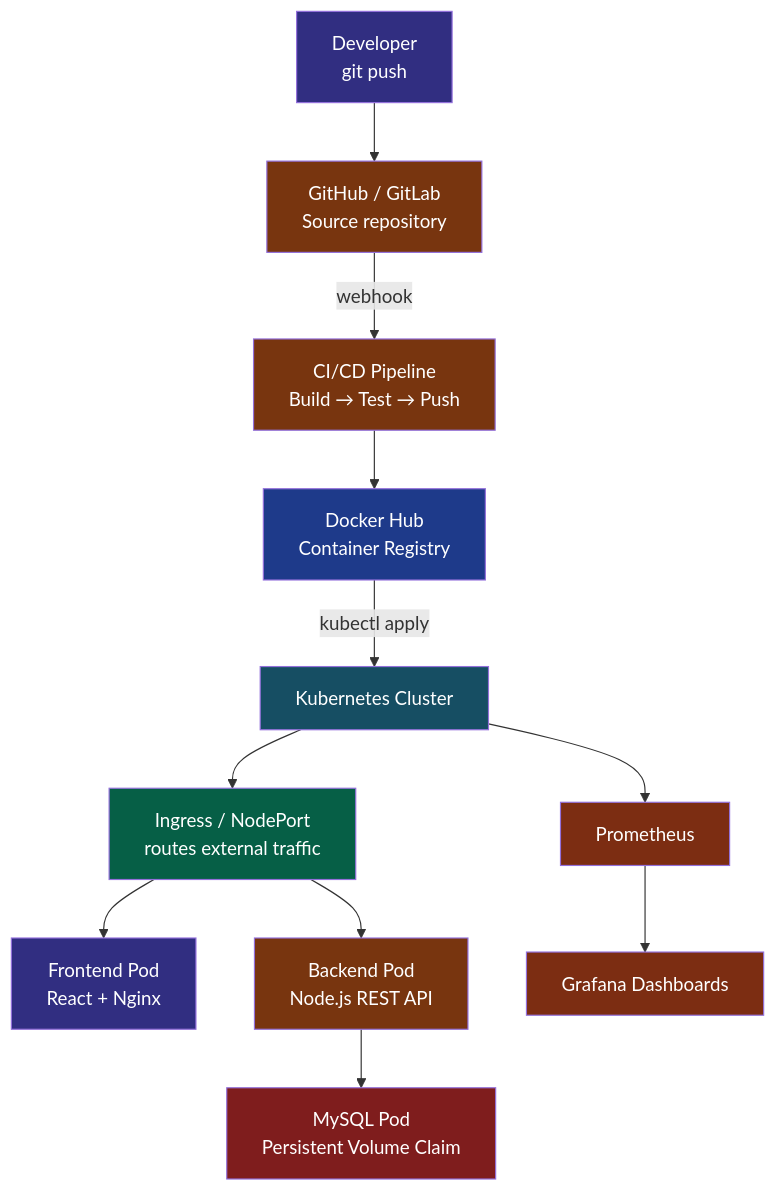
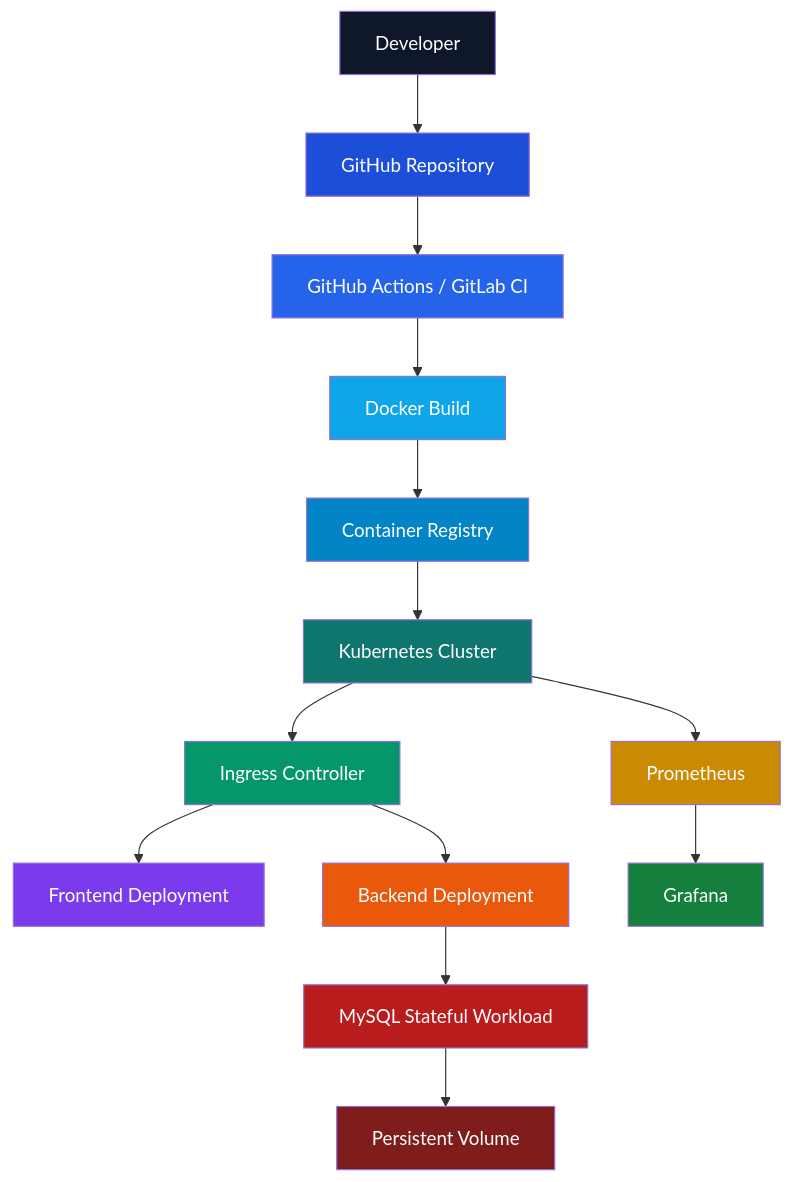
Before and after one commit to Varad-ctrl/Varad-ctrl: the diagram in README.md, drawn with Mermaid. The commit also changed other lines of this file, not shown here.

````diff
--- a/README.md
+++ b/README.md
@@ -30,25 +199,29 @@
 ```mermaid
 flowchart TD
-    A[Developer<br/>git push] --> B[GitHub / GitLab<br/>Source repository]
-    B -->|webhook| C[CI/CD Pipeline<br/>Build → Test → Push]
-    C --> D[Docker Hub<br/>Container Registry]
-    D -->|kubectl apply| E[Kubernetes Cluster]
-    E --> F[Ingress / NodePort<br/>routes external traffic]
-    F --> G[Frontend Pod<br/>React + Nginx]
-    F --> H[Backend Pod<br/>Node.js REST API]
-    H --> I[MySQL Pod<br/>Persistent Volume Claim]
-    E --> J[Prometheus]
-    J --> K[Grafana Dashboards]
+    A[Developer] --> B[GitHub Repository]
+    B --> C[GitHub Actions / GitLab CI]
+    C --> D[Docker Build]
+    D --> E[Container Registry]
+    E --> F[Kubernetes Cluster]
+    F --> G[Ingress Controller]
+    G --> H[Frontend Deployment]
+    G --> I[Backend Deployment]
+    I --> J[MySQL Stateful Workload]
+    J --> K[Persistent Volume]
+    F --> L[Prometheus]
+    L --> M[Grafana]
 
-    style A fill:#312e81,color:#fff
-    style B fill:#78350f,color:#fff
-    style C fill:#78350f,color:#fff
-    style D fill:#1e3a8a,color:#fff
-    style E fill:#164e63,color:#fff
-    style F fill:#065f46,color:#fff
-    style G fill:#312e81,color:#fff
-    style H fill:#78350f,color:#fff
-    style I fill:#7f1d1d,color:#fff
-    style J fill:#7c2d12,color:#fff
-    style K fill:#7c2d12,color:#fff
+    style A fill:#0F172A,color:#fff
+    style B fill:#1D4ED8,color:#fff
+    style C fill:#2563EB,color:#fff
+    style D fill:#0EA5E9,color:#fff
+    style E fill:#0284C7,color:#fff
+    style F fill:#0F766E,color:#fff
+    style G fill:#059669,color:#fff
+    style H fill:#7C3AED,color:#fff
+    style I fill:#EA580C,color:#fff
+    style J fill:#B91C1C,color:#fff
+    style K fill:#7F1D1D,color:#fff
+    style L fill:#CA8A04,color:#fff
+    style M fill:#15803D,color:#fff
 ```
````
